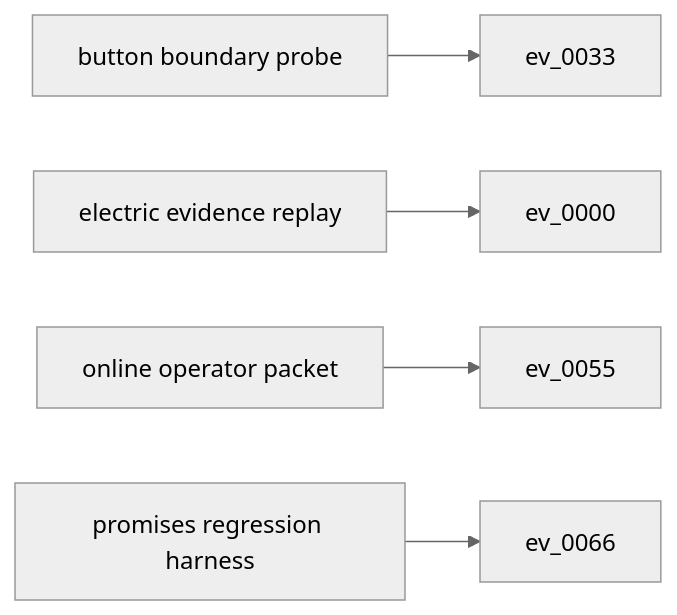
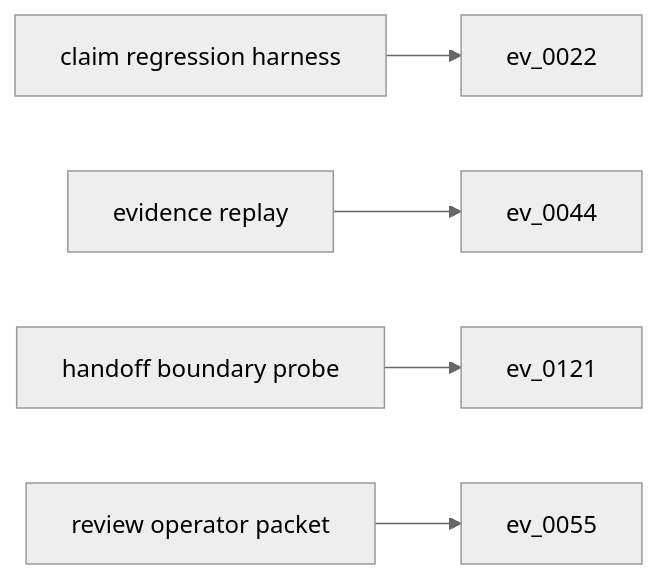
One commit to t7r0n/homeprint changed the diagram in outputs/trace_graph.mmd. Above: the diagram before and after it, drawn with Mermaid (neutral theme). The commit also changed 21 other files, not shown here.

```diff
--- a/outputs/trace_graph.mmd
+++ b/outputs/trace_graph.mmd
@@ -1,13 +1,13 @@
 flowchart LR
-  s0["button boundary probe"]
-  e0["ev_0033"]
+  s0["claim regression harness"]
+  e0["ev_0022"]
   s0 --> e0
-  s1["electric evidence replay"]
-  e1["ev_0000"]
+  s1["evidence replay"]
+  e1["ev_0044"]
   s1 --> e1
-  s2["online operator packet"]
-  e2["ev_0055"]
+  s2["handoff boundary probe"]
+  e2["ev_0121"]
   s2 --> e2
-  s3["promises regression harness"]
-  e3["ev_0066"]
+  s3["review operator packet"]
+  e3["ev_0055"]
   s3 --> e3
```
